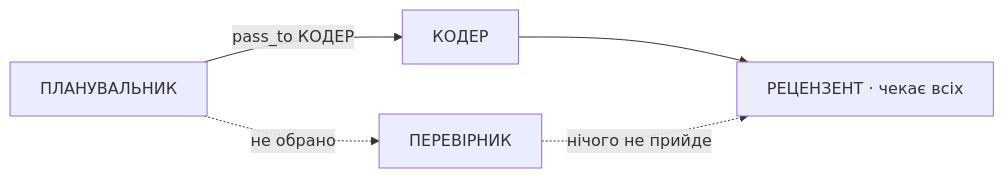
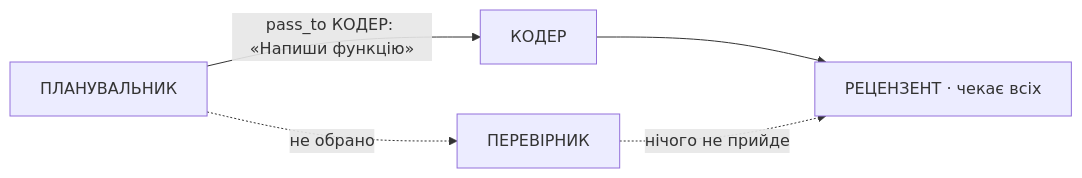
Before and after one commit to GrefferM/coder: the second of 2 diagrams in OPERATOR.md, drawn with Mermaid. The commit also changed other lines of this file and 40 other files, not shown here.

````diff
--- a/OPERATOR.md
+++ b/OPERATOR.md
@@ -256,7 +256,7 @@
 ```mermaid
 flowchart LR
-  D[ПЛАНУВАЛЬНИК] -->|pass_to КОДЕР| K[КОДЕР]
+  D[ПЛАНУВАЛЬНИК] -->|"pass_to КОДЕР: «Напиши функцію»"| K[КОДЕР]
   D -.->|не обрано| P[ПЕРЕВІРНИК]
   K --> R[РЕЦЕНЗЕНТ · чекає всіх]
   P -.->|нічого не прийде| R
 ```
````
